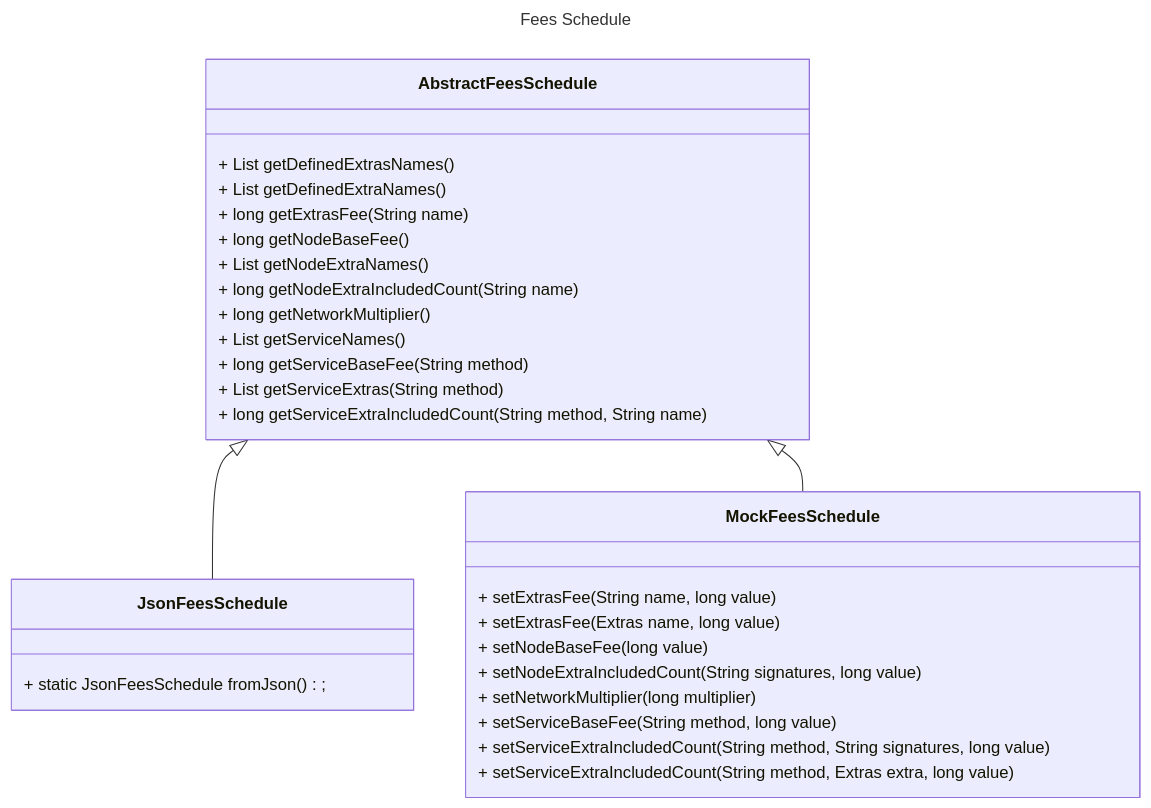
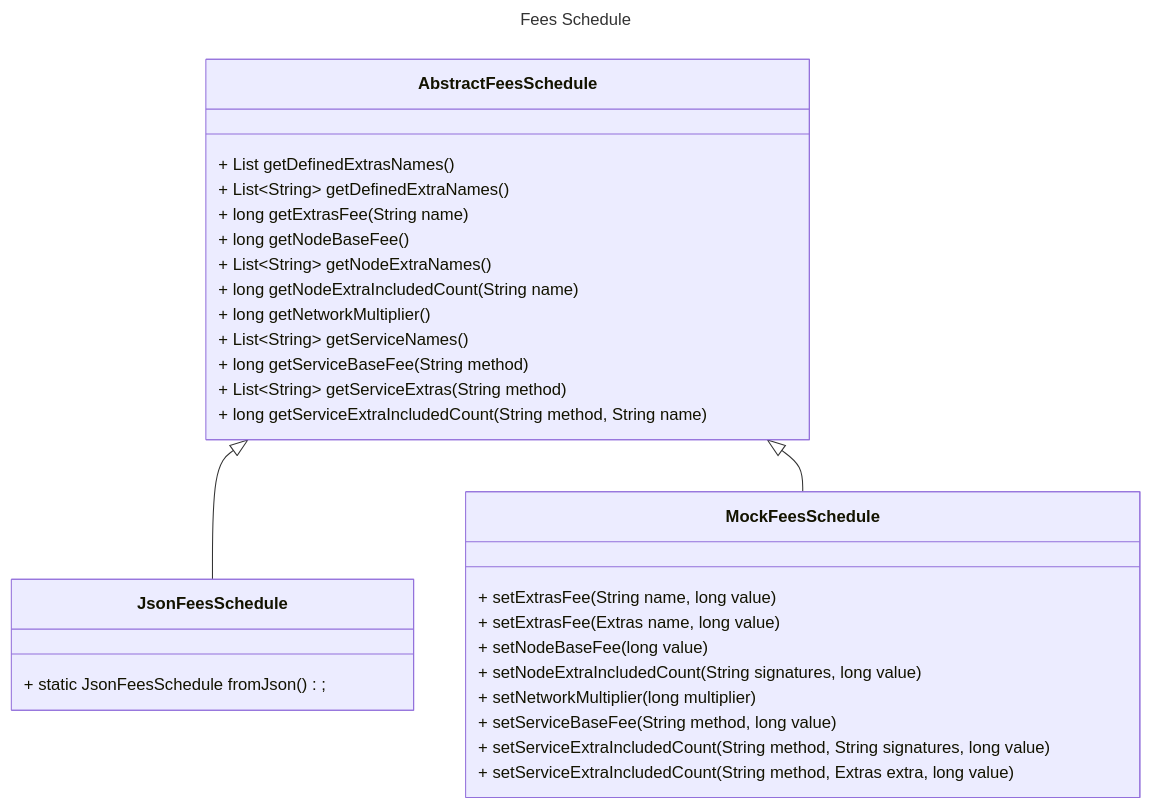
Before and after one commit to joshmarinacci/hiero-consensus-node: the diagram in docs/simplefees/architecture.md, drawn with Mermaid.

Commit message:
add generics

````diff
--- a/docs/simplefees/architecture.md
+++ b/docs/simplefees/architecture.md
@@ -8,38 +8,38 @@
 ```mermaid
 ---
 title: Fees Schedule
 ---
 classDiagram
     AbstractFeesSchedule <|-- JsonFeesSchedule
     AbstractFeesSchedule <|-- MockFeesSchedule
     
     class AbstractFeesSchedule {
         + List getDefinedExtrasNames()
-        + List<String> getDefinedExtraNames()
+        + List~String~ getDefinedExtraNames()
         + long getExtrasFee(String name)
         + long getNodeBaseFee()
-        + List<String> getNodeExtraNames()
+        + List~String~ getNodeExtraNames()
         + long getNodeExtraIncludedCount(String name)
         + long getNetworkMultiplier()
-        + List<String> getServiceNames()
+        + List~String~ getServiceNames()
         + long getServiceBaseFee(String method)
-        + List<String> getServiceExtras(String method)
+        + List~String~ getServiceExtras(String method)
         + long getServiceExtraIncludedCount(String method, String name)
     }
     
     class JsonFeesSchedule {
         + static JsonFeesSchedule fromJson();
     }
     
     class MockFeesSchedule {
         + setExtrasFee(String name, long value)
         + setExtrasFee(Extras name, long value)
         + setNodeBaseFee(long value)
         + setNodeExtraIncludedCount(String signatures, long value)
         + setNetworkMultiplier(long multiplier)
         + setServiceBaseFee(String method, long value)
         + setServiceExtraIncludedCount(String method, String signatures, long value)
         + setServiceExtraIncludedCount(String method, Extras extra, long value)
     }
 
 ```
````
